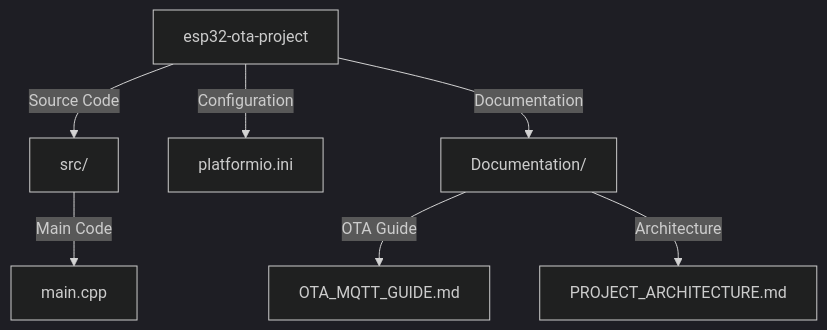
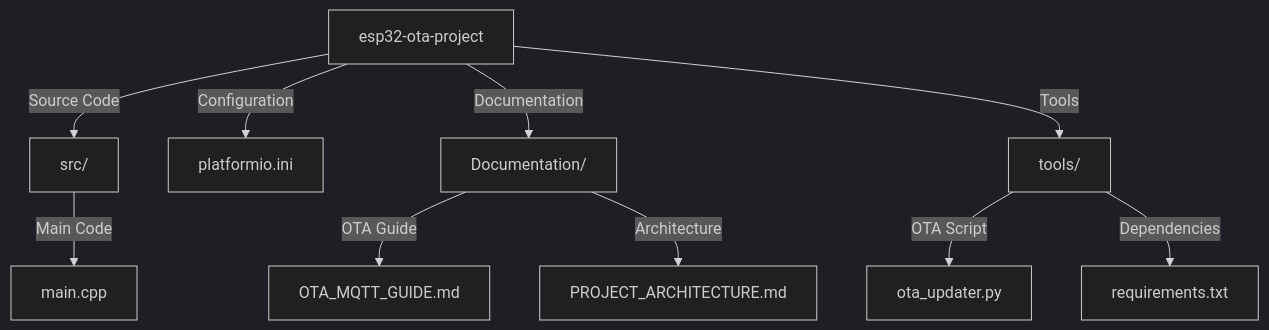
One commit to shmrymbd/esp32-ota-project changed the sixth of 6 diagrams in PROJECT_ARCHITECTURE.md. Above: the diagram before and after it, drawn with Mermaid (dark theme). The commit also changed 5 other files, not shown here.

Commit message:
Add Python OTA update tool and requirements

````diff
--- a/PROJECT_ARCHITECTURE.md
+++ b/PROJECT_ARCHITECTURE.md
@@ -134,9 +134,12 @@
 ```mermaid
 graph TB
     Root[esp32-ota-project] -->|Source Code| SRC[src/]
     Root -->|Configuration| PIO[platformio.ini]
     Root -->|Documentation| DOC[Documentation/]
+    Root -->|Tools| TOOLS[tools/]
     SRC -->|Main Code| MAIN[main.cpp]
     DOC -->|OTA Guide| OTA[OTA_MQTT_GUIDE.md]
     DOC -->|Architecture| ARCH[PROJECT_ARCHITECTURE.md]
+    TOOLS -->|OTA Script| OTAPY[ota_updater.py]
+    TOOLS -->|Dependencies| REQ[requirements.txt]
 ```
````
